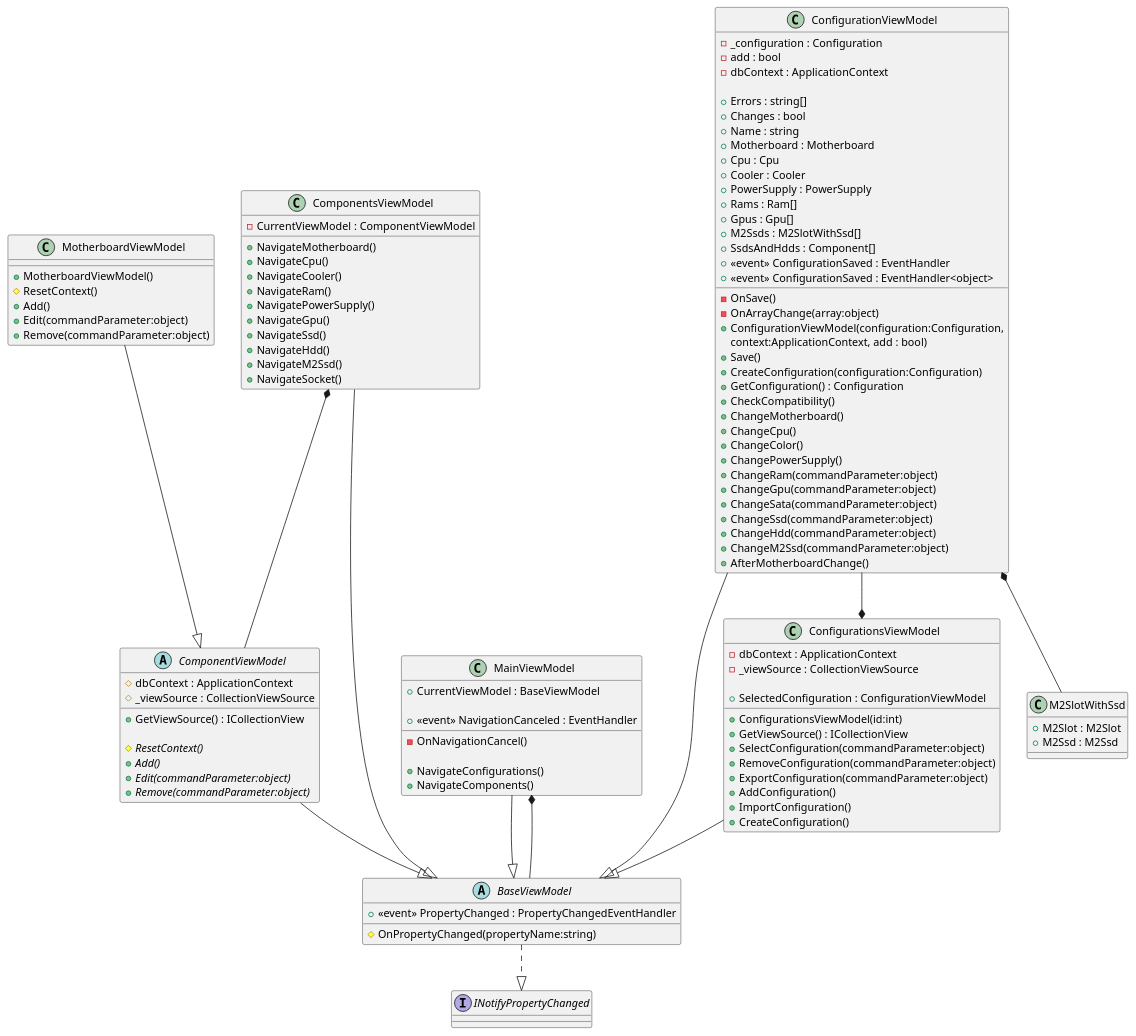
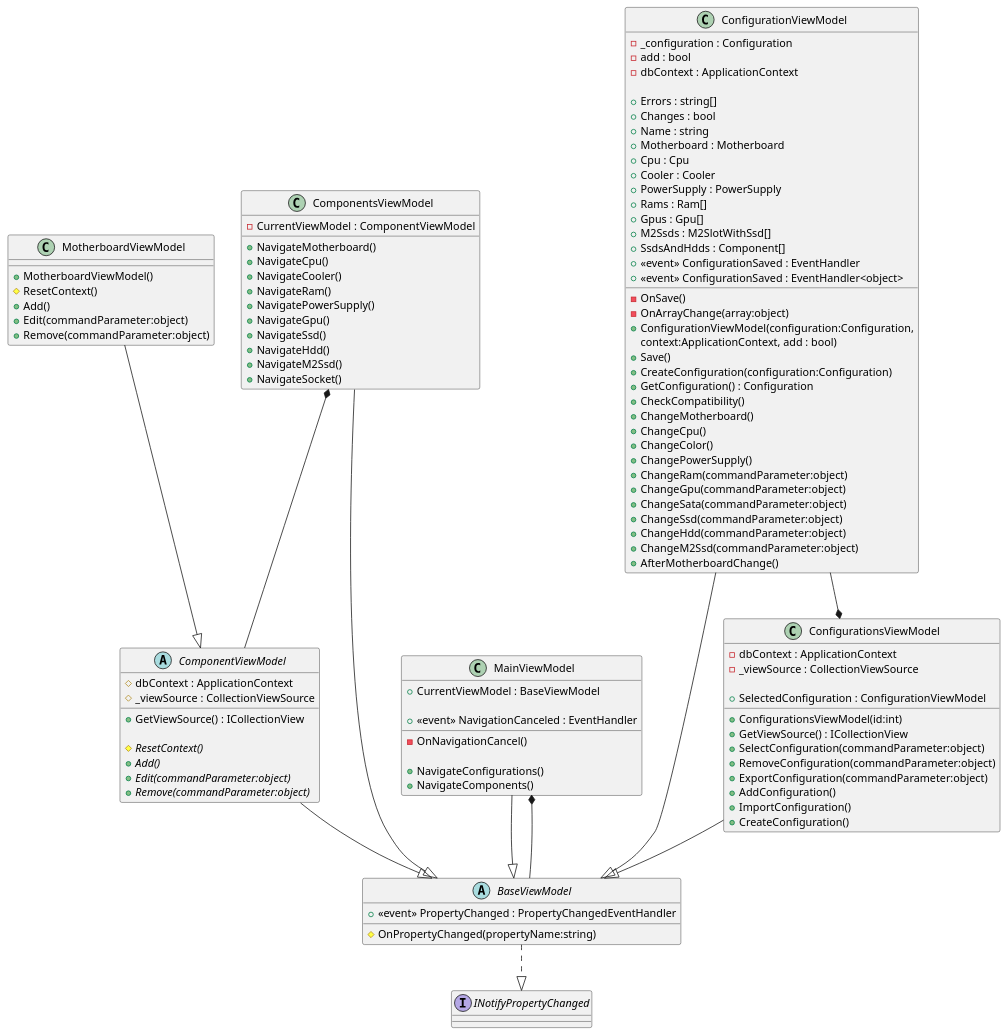
The diagram in PCConfigurator/Docs/Diagrams/Class diagram(viewmodel).wsd (son1k9/PCConfigurator), drawn with PlantUML before and after one commit. The commit also changed 23 other files, not shown here.

```diff
--- a/PCConfigurator/Docs/Diagrams/Class diagram(viewmodel).wsd
+++ b/PCConfigurator/Docs/Diagrams/Class diagram(viewmodel).wsd
@@ -1,131 +1,123 @@
 @startuml Class diagram ViewModel
-
 interface INotifyPropertyChanged
 
 BaseViewModel ..|> INotifyPropertyChanged
 abstract class BaseViewModel{
     + <<event>> PropertyChanged : PropertyChangedEventHandler
 
     # OnPropertyChanged(propertyName:string)
 }
 
 ComponentViewModel --|> BaseViewModel
 abstract class ComponentViewModel{
     # dbContext : ApplicationContext
     # _viewSource : CollectionViewSource
     
     + GetViewSource() : ICollectionView
 
     {abstract} # ResetContext()
     {abstract} + Add()
     {abstract} + Edit(commandParameter:object)
     {abstract} + Remove(commandParameter:object)
 }
 
 MotherboardViewModel --|> ComponentViewModel
 class MotherboardViewModel{
     + MotherboardViewModel()
     # ResetContext()
     + Add()
     + Edit(commandParameter:object)
     + Remove(commandParameter:object)
 }
 
 MainViewModel --|> BaseViewModel
 MainViewModel *-- BaseViewModel
 class MainViewModel{
     + CurrentViewModel : BaseViewModel
 
     + <<event>> NavigationCanceled : EventHandler
 
     - OnNavigationCancel()
 
     + NavigateConfigurations()
     + NavigateComponents()
 
 }
 
 ConfigurationsViewModel --|> BaseViewModel
 class ConfigurationsViewModel{
     - dbContext : ApplicationContext
     - _viewSource : CollectionViewSource
 
     + SelectedConfiguration : ConfigurationViewModel
 
     + ConfigurationsViewModel(id:int)
     + GetViewSource() : ICollectionView
     + SelectConfiguration(commandParameter:object)
     + RemoveConfiguration(commandParameter:object)
     + ExportConfiguration(commandParameter:object)
     + AddConfiguration()
     + ImportConfiguration()
     + CreateConfiguration()
 }
 
 ConfigurationViewModel --* ConfigurationsViewModel
 ConfigurationViewModel --|> BaseViewModel
-ConfigurationViewModel *-- M2SlotWithSsd
 class ConfigurationViewModel{
     - _configuration : Configuration
     - add : bool
     - dbContext : ApplicationContext
 
     + Errors : string[]
     + Changes : bool
     + Name : string
     + Motherboard : Motherboard
     + Cpu : Cpu
     + Cooler : Cooler
     + PowerSupply : PowerSupply
     + Rams : Ram[]
     + Gpus : Gpu[]
     + M2Ssds : M2SlotWithSsd[]
     + SsdsAndHdds : Component[]
     + <<event>> ConfigurationSaved : EventHandler
     + <<event>> ConfigurationSaved : EventHandler<object>
 
     - OnSave()
     - OnArrayChange(array:object)
     + ConfigurationViewModel(configuration:Configuration, 
     context:ApplicationContext, add : bool)
     + Save()
     + CreateConfiguration(configuration:Configuration)
     + GetConfiguration() : Configuration
     + CheckCompatibility()
     + ChangeMotherboard()
     + ChangeCpu()
     + ChangeColor()
     + ChangePowerSupply()
     + ChangeRam(commandParameter:object)
     + ChangeGpu(commandParameter:object)
     + ChangeSata(commandParameter:object)
     + ChangeSsd(commandParameter:object)
     + ChangeHdd(commandParameter:object)
     + ChangeM2Ssd(commandParameter:object)
     + AfterMotherboardChange()
 }
 
-
-class M2SlotWithSsd{
-    + M2Slot : M2Slot
-    + M2Ssd : M2Ssd
-}
-
 ComponentsViewModel *-- ComponentViewModel
 ComponentsViewModel --|> BaseViewModel
 class ComponentsViewModel{
     - CurrentViewModel : ComponentViewModel
 
     + NavigateMotherboard()
     + NavigateCpu()
     + NavigateCooler()
     + NavigateRam()
     + NavigatePowerSupply()
     + NavigateGpu()
     + NavigateSsd()
     + NavigateHdd()
     + NavigateM2Ssd()
     + NavigateSocket()
 }
 
 @enduml
```
